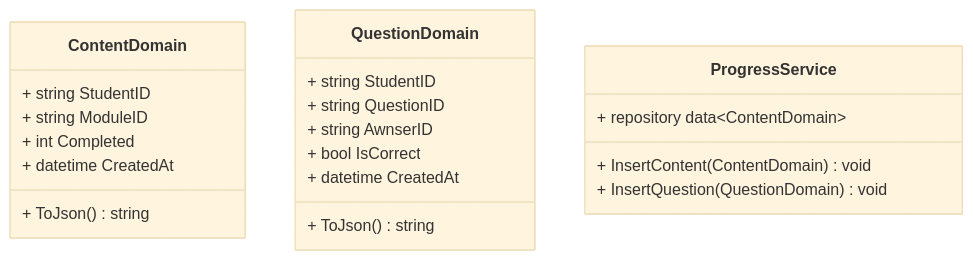
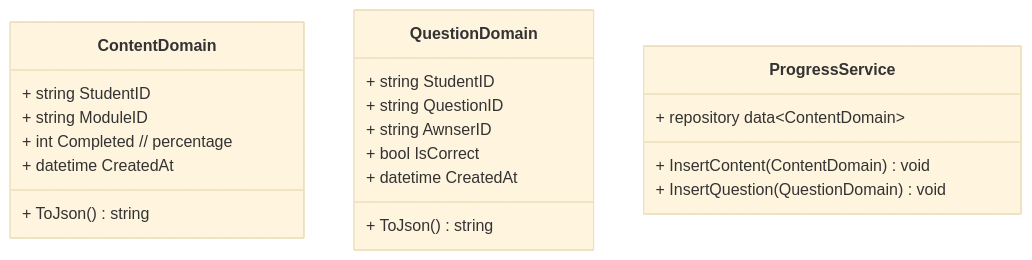
Before and after one commit to RafaelFino/plataforma-journey: the eighth of 9 diagrams in README.md, drawn with Mermaid (base theme). The commit also changed other lines of this file, not shown here.

````diff
--- a/README.md
+++ b/README.md
@@ -247,25 +247,25 @@
 ```mermaid
 classDiagram
     class ContentDomain {
         + string StudentID
         + string ModuleID
-        + int Completed
+        + int Completed // percentage
         + datetime CreatedAt
         + ToJson() string
     }
 
     class QuestionDomain {
         + string StudentID
         + string QuestionID
         + string AwnserID
         + bool IsCorrect
         + datetime CreatedAt
         + ToJson() string
     }
 
     class ProgressService {
         + repository data~ContentDomain~
         + InsertContent(ContentDomain) void
         + InsertQuestion(QuestionDomain) void
     }
 ```
````
